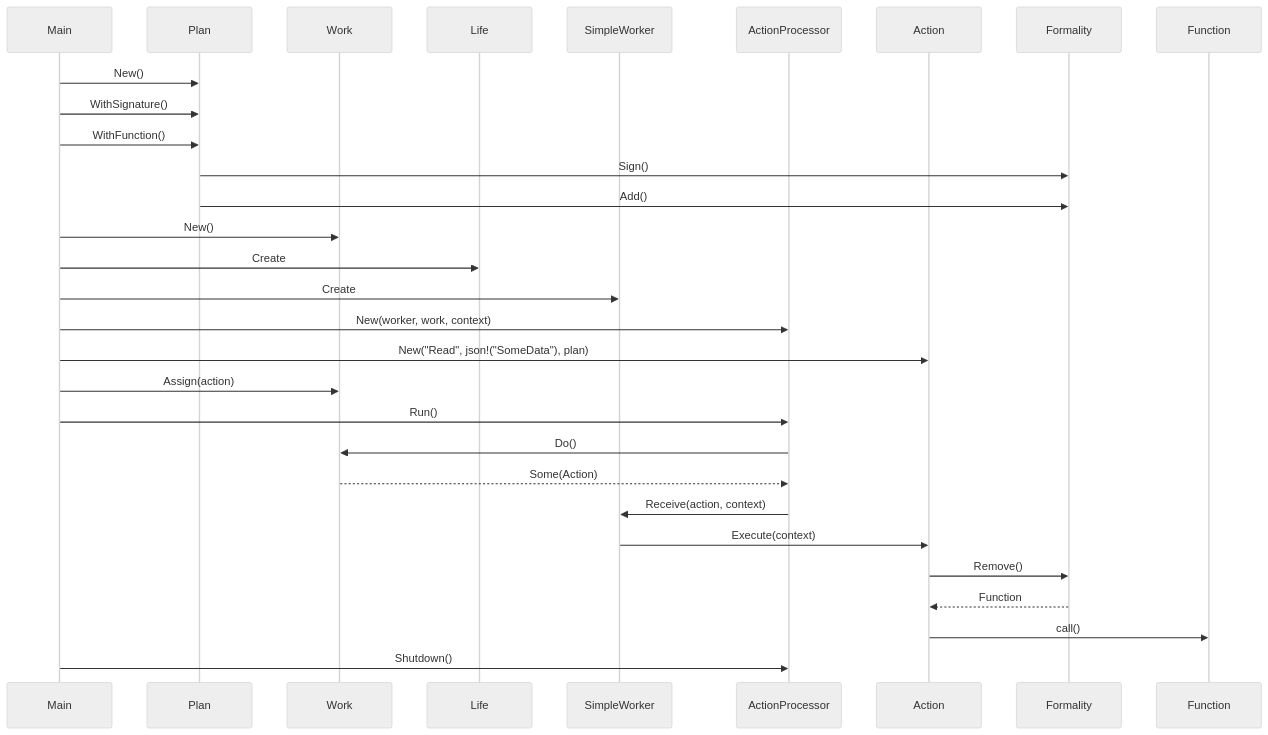
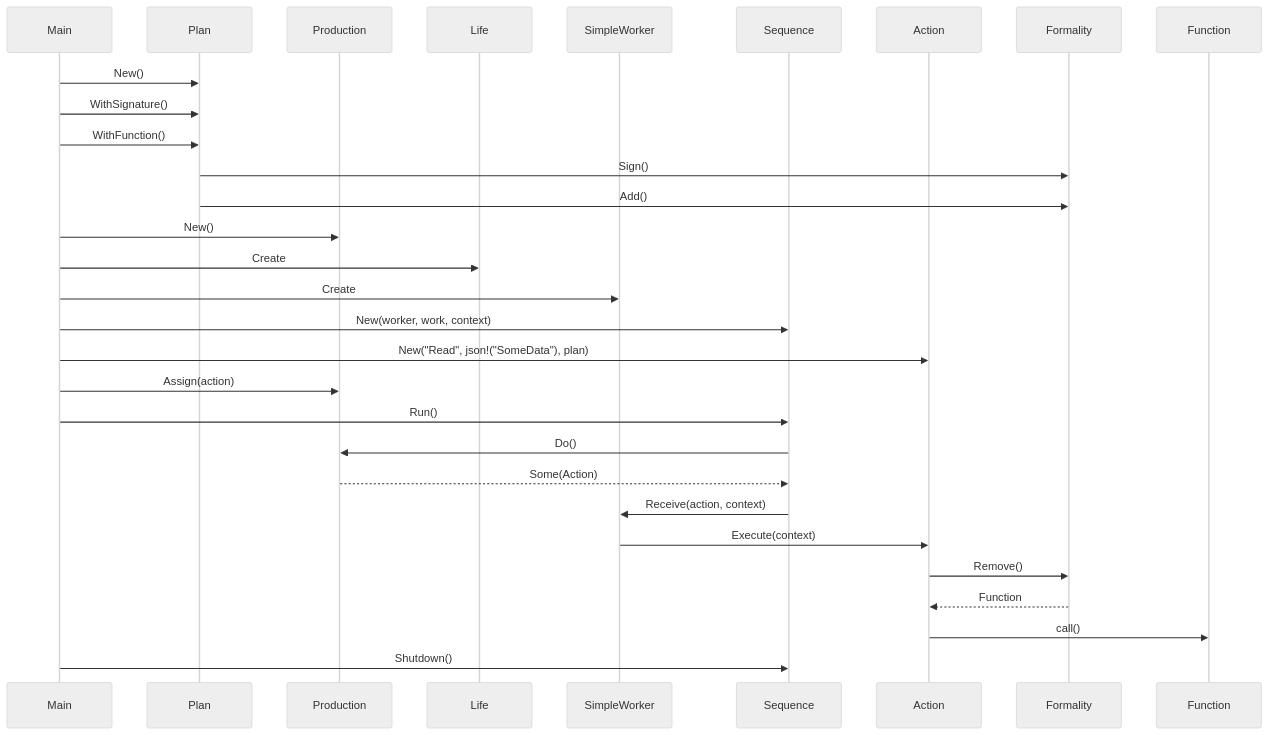
One commit to CodeEditorLand/Echo changed the second of 2 diagrams in README.md. Above: the diagram before and after it, drawn with Mermaid (neutral theme). The commit also changed other lines of this file and 1 other file, not shown here.

````diff
--- a/README.md
+++ b/README.md
@@ -247,31 +247,31 @@
 ```mermaid
 sequenceDiagram
     participant Main
     participant Plan
-    participant Work
+    participant Production
     participant Life
     participant SimpleWorker
-    participant ActionProcessor
+    participant Sequence
     participant Action
 
     Main->>Plan: New()
     Main->>Plan: WithSignature()
     Main->>Plan: WithFunction()
     Plan->>Formality: Sign()
     Plan->>Formality: Add()
-    Main->>Work: New()
+    Main->>Production: New()
     Main->>Life: Create
     Main->>SimpleWorker: Create
-    Main->>ActionProcessor: New(worker, work, context)
+    Main->>Sequence: New(worker, work, context)
     Main->>Action: New("Read", json!("SomeData"), plan)
-    Main->>Work: Assign(action)
-    Main->>ActionProcessor: Run()
-    ActionProcessor->>Work: Do()
-    Work-->>ActionProcessor: Some(Action)
-    ActionProcessor->>SimpleWorker: Receive(action, context)
+    Main->>Production: Assign(action)
+    Main->>Sequence: Run()
+    Sequence->>Production: Do()
+    Production-->>Sequence: Some(Action)
+    Sequence->>SimpleWorker: Receive(action, context)
     SimpleWorker->>Action: Execute(context)
     Action->>Formality: Remove()
     Formality-->>Action: Function
     Action->>Function: call()
-    Main->>ActionProcessor: Shutdown()
+    Main->>Sequence: Shutdown()
 ```
````
